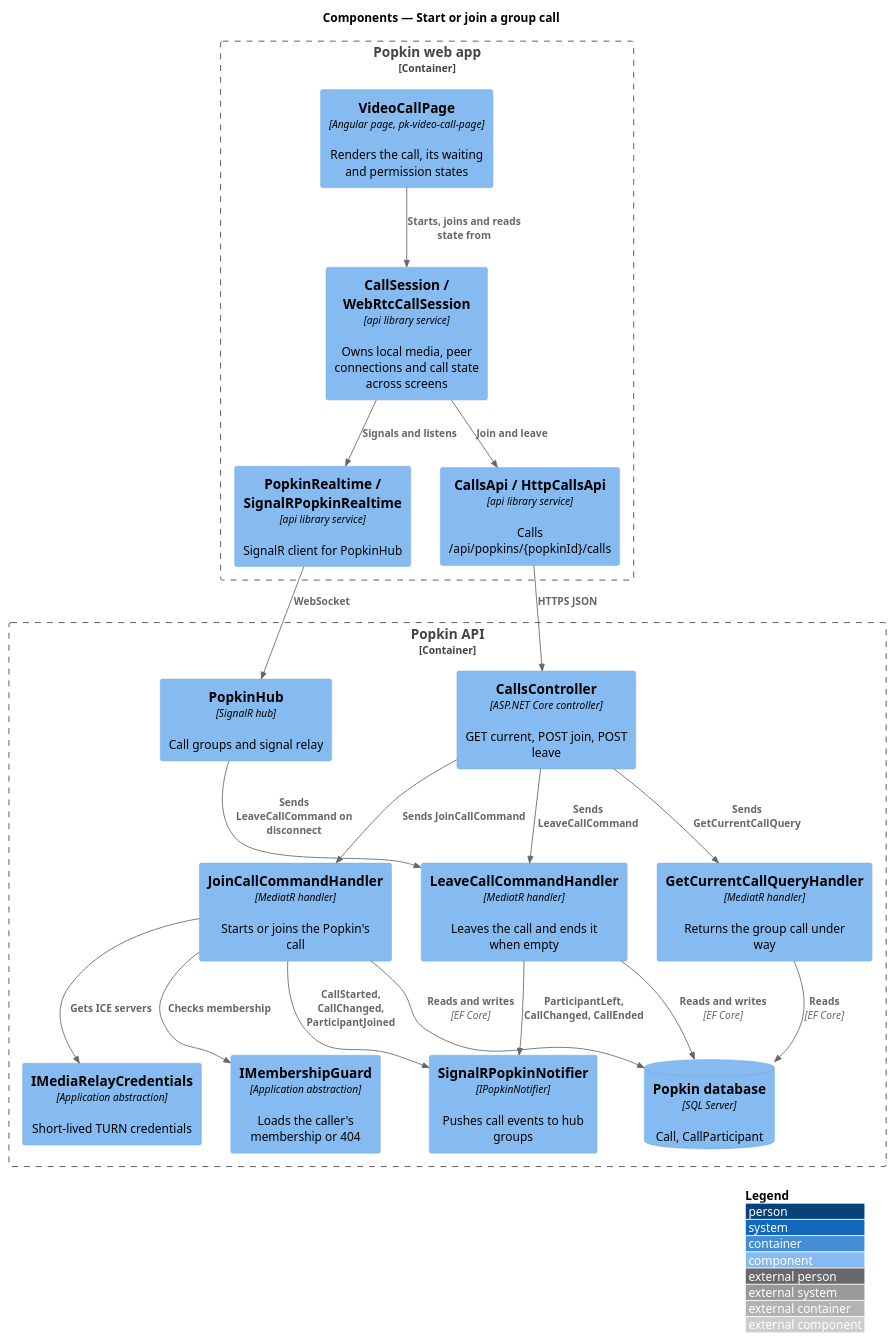
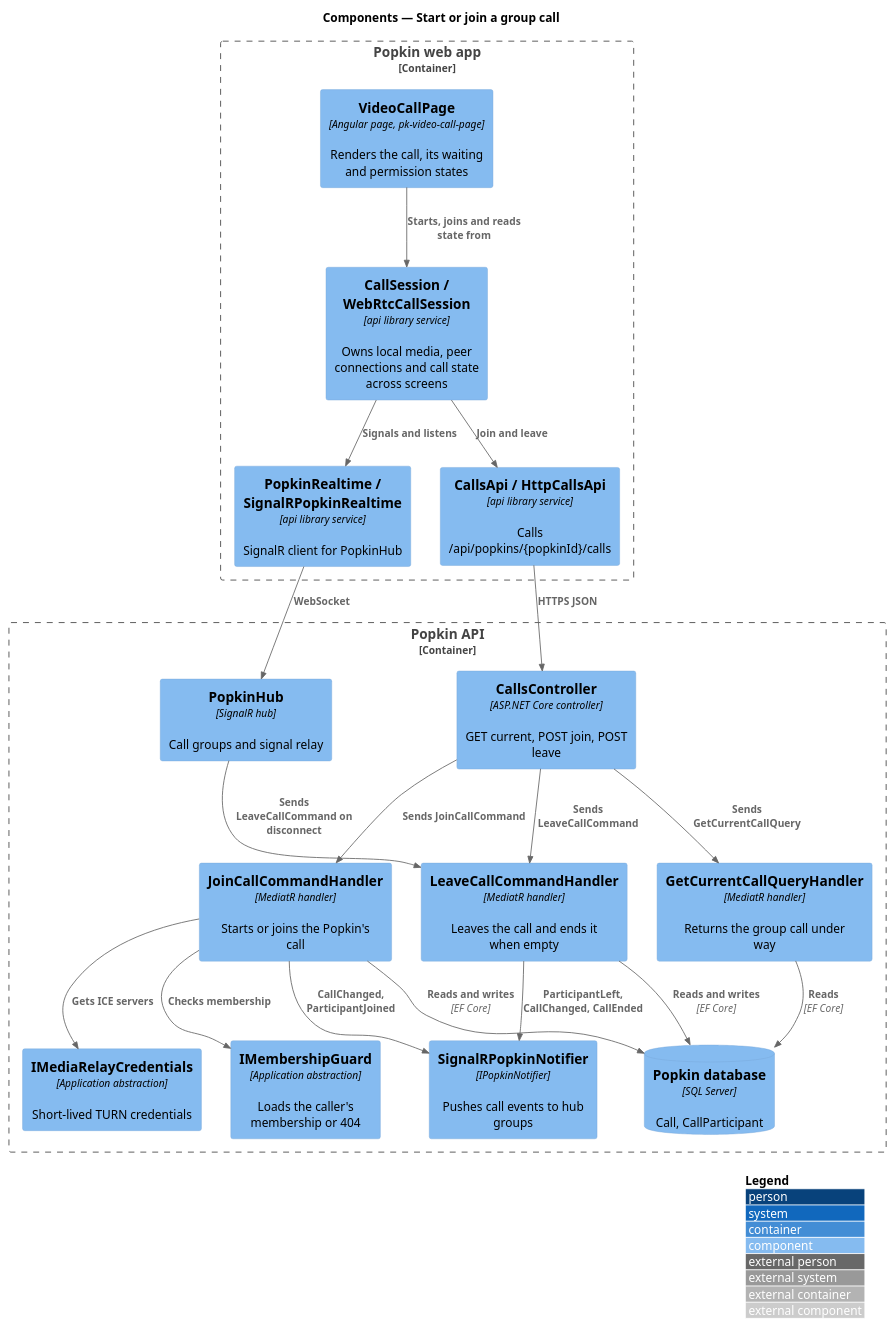
The diagram in docs/detailed-designs/calls/group-call/diagrams/c4-component.puml (QuinntyneBrown/popkin), drawn with PlantUML before and after one commit. The commit also changed 26 other files, not shown here.

```diff
--- a/docs/detailed-designs/calls/group-call/diagrams/c4-component.puml
+++ b/docs/detailed-designs/calls/group-call/diagrams/c4-component.puml
@@ -1,40 +1,40 @@
 @startuml
 !include <C4/C4_Component>
 LAYOUT_WITH_LEGEND()
 title Components — Start or join a group call
 
 Container_Boundary(spa, "Popkin web app") {
   Component(page, "VideoCallPage", "Angular page, pk-video-call-page", "Renders the call, its waiting and permission states")
   Component(session, "CallSession / WebRtcCallSession", "api library service", "Owns local media, peer connections and call state across screens")
   Component(callsApi, "CallsApi / HttpCallsApi", "api library service", "Calls /api/popkins/{popkinId}/calls")
   Component(rt, "PopkinRealtime / SignalRPopkinRealtime", "api library service", "SignalR client for PopkinHub")
 }
 Container_Boundary(api, "Popkin API") {
   Component(ctrl, "CallsController", "ASP.NET Core controller", "GET current, POST join, POST leave")
   Component(hub, "PopkinHub", "SignalR hub", "Call groups and signal relay")
   Component(join, "JoinCallCommandHandler", "MediatR handler", "Starts or joins the Popkin's call")
   Component(leave, "LeaveCallCommandHandler", "MediatR handler", "Leaves the call and ends it when empty")
   Component(current, "GetCurrentCallQueryHandler", "MediatR handler", "Returns the group call under way")
   Component(guard, "IMembershipGuard", "Application abstraction", "Loads the caller's membership or 404")
   Component(notifier, "SignalRPopkinNotifier", "IPopkinNotifier", "Pushes call events to hub groups")
   Component(creds, "IMediaRelayCredentials", "Application abstraction", "Short-lived TURN credentials")
   ComponentDb(db, "Popkin database", "SQL Server", "Call, CallParticipant")
 }
 
 Rel(page, session, "Starts, joins and reads state from")
 Rel(session, callsApi, "Join and leave")
 Rel(session, rt, "Signals and listens")
 Rel(callsApi, ctrl, "HTTPS JSON")
 Rel(rt, hub, "WebSocket")
 Rel(ctrl, join, "Sends JoinCallCommand")
 Rel(ctrl, leave, "Sends LeaveCallCommand")
 Rel(ctrl, current, "Sends GetCurrentCallQuery")
 Rel(hub, leave, "Sends LeaveCallCommand on disconnect")
 Rel(join, guard, "Checks membership")
 Rel(join, creds, "Gets ICE servers")
-Rel(join, notifier, "CallStarted, CallChanged, ParticipantJoined")
+Rel(join, notifier, "CallChanged, ParticipantJoined")
 Rel(leave, notifier, "ParticipantLeft, CallChanged, CallEnded")
 Rel(join, db, "Reads and writes", "EF Core")
 Rel(leave, db, "Reads and writes", "EF Core")
 Rel(current, db, "Reads", "EF Core")
 @enduml
```
